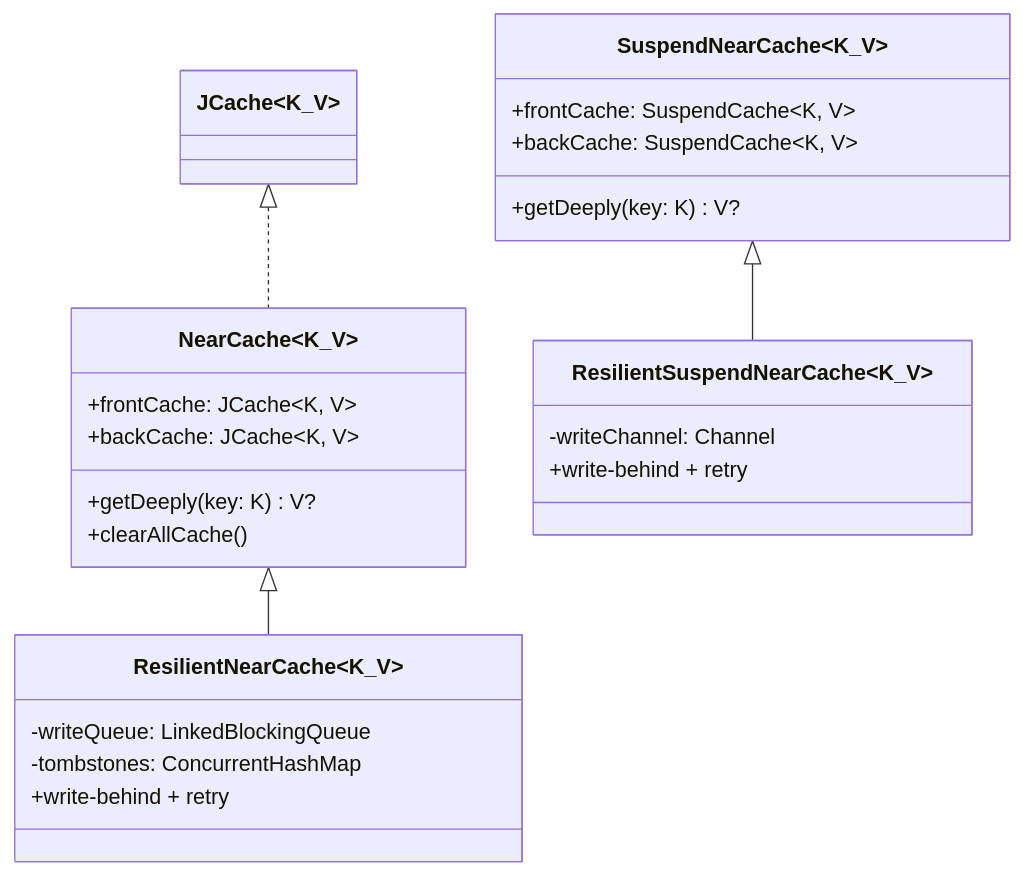
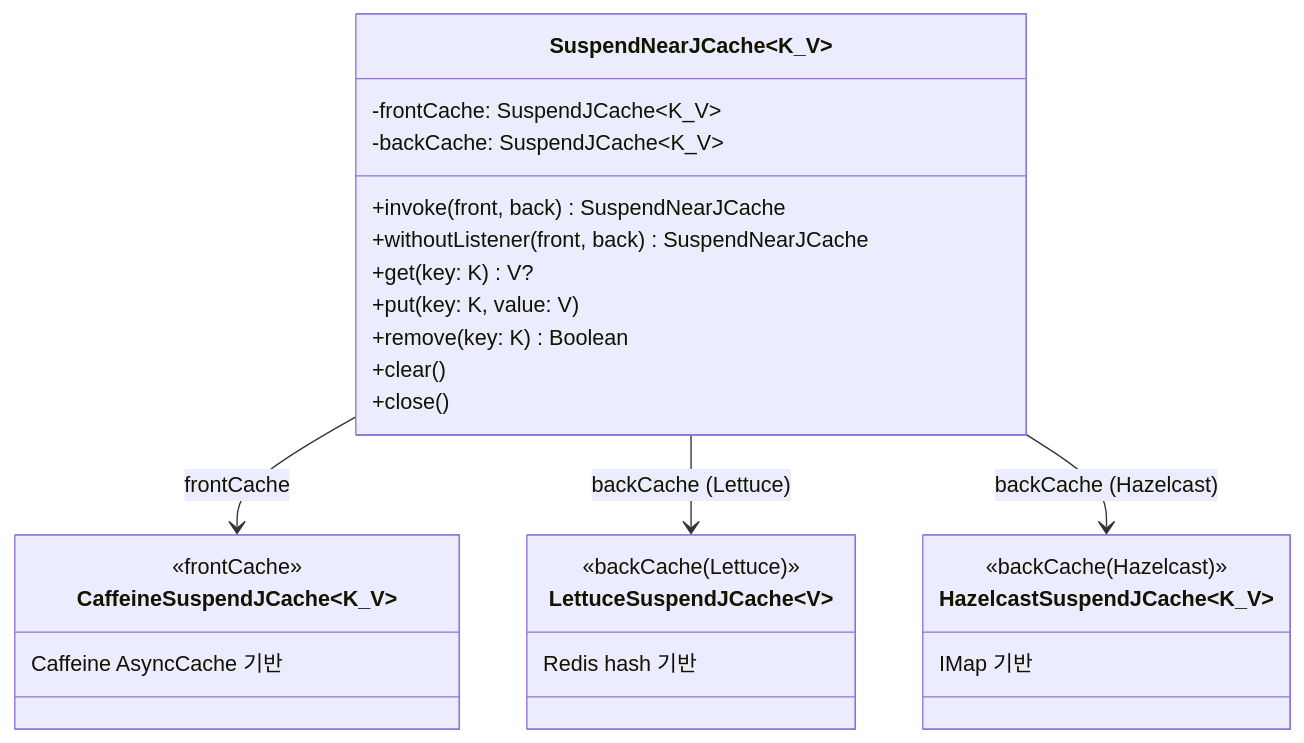
The fifth of 5 diagrams in infra/cache-core/README.md (bluetape4k/bluetape4k-projects), drawn with Mermaid before and after one commit. The commit also changed other lines of this file and 29 other files, not shown here.

````diff
--- a/infra/cache-core/README.md
+++ b/infra/cache-core/README.md
@@ -143,30 +227,33 @@
 ```mermaid
 classDiagram
-    class NearCache~K_V~ {
-        +frontCache: JCache~K, V~
-        +backCache: JCache~K, V~
-        +getDeeply(key: K) V?
-        +clearAllCache()
+    class SuspendNearJCache~K_V~ {
+        -frontCache: SuspendJCache~K_V~
+        -backCache: SuspendJCache~K_V~
+        +invoke(front, back) SuspendNearJCache
+        +withoutListener(front, back) SuspendNearJCache
+        +get(key: K) V?
+        +put(key: K, value: V)
+        +remove(key: K) Boolean
+        +clear()
+        +close()
     }
 
-    class SuspendNearCache~K_V~ {
-        +frontCache: SuspendCache~K, V~
-        +backCache: SuspendCache~K, V~
-        +getDeeply(key: K) V?
+    class CaffeineSuspendJCache~K_V~ {
+        <<frontCache>>
+        Caffeine AsyncCache 기반
     }
 
-    class ResilientNearCache~K_V~ {
-        -writeQueue: LinkedBlockingQueue
-        -tombstones: ConcurrentHashMap
-        +write-behind + retry
+    class LettuceSuspendJCache~V~ {
+<<backCache(Lettuce)>>
+Redis hash 기반
     }
 
-    class ResilientSuspendNearCache~K_V~ {
-        -writeChannel: Channel
-        +write-behind + retry
+class HazelcastSuspendJCache~K_V~ {
+<<backCache(Hazelcast)>>
+IMap 기반
     }
 
-    JCache~K_V~ <|.. NearCache
-    NearCache <|-- ResilientNearCache
-    SuspendNearCache <|-- ResilientSuspendNearCache
+SuspendNearJCache --> CaffeineSuspendJCache: frontCache
+SuspendNearJCache --> LettuceSuspendJCache: backCache (Lettuce)
+SuspendNearJCache --> HazelcastSuspendJCache: backCache (Hazelcast)
 ```
````
